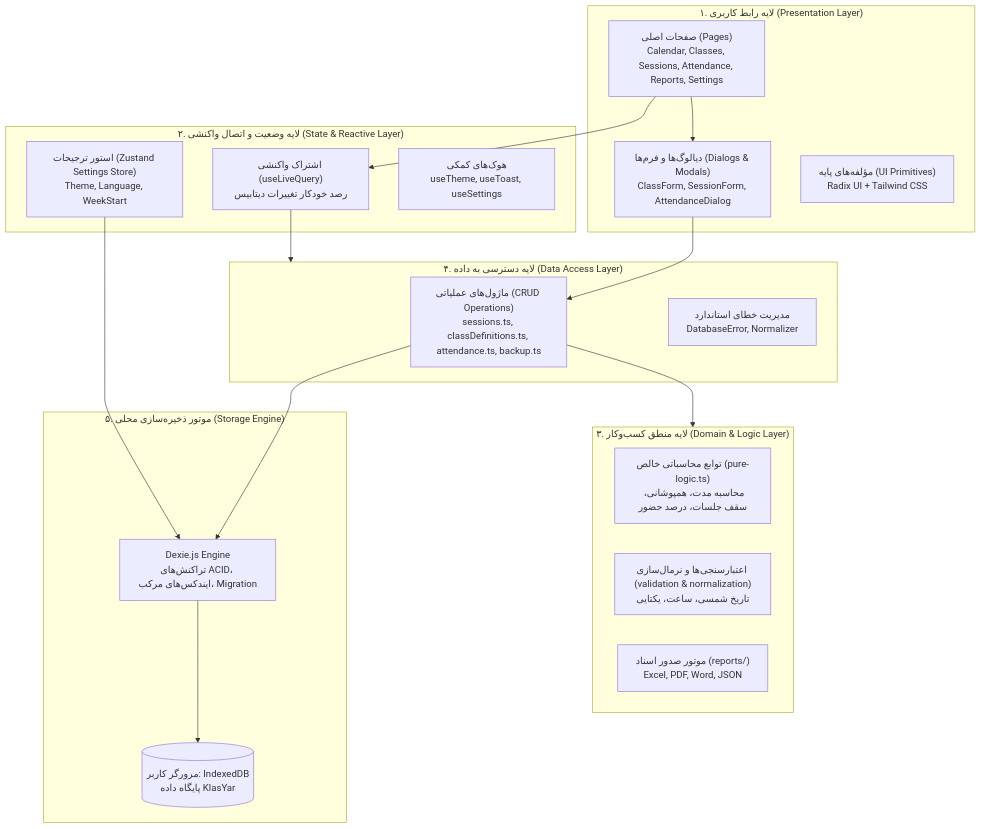
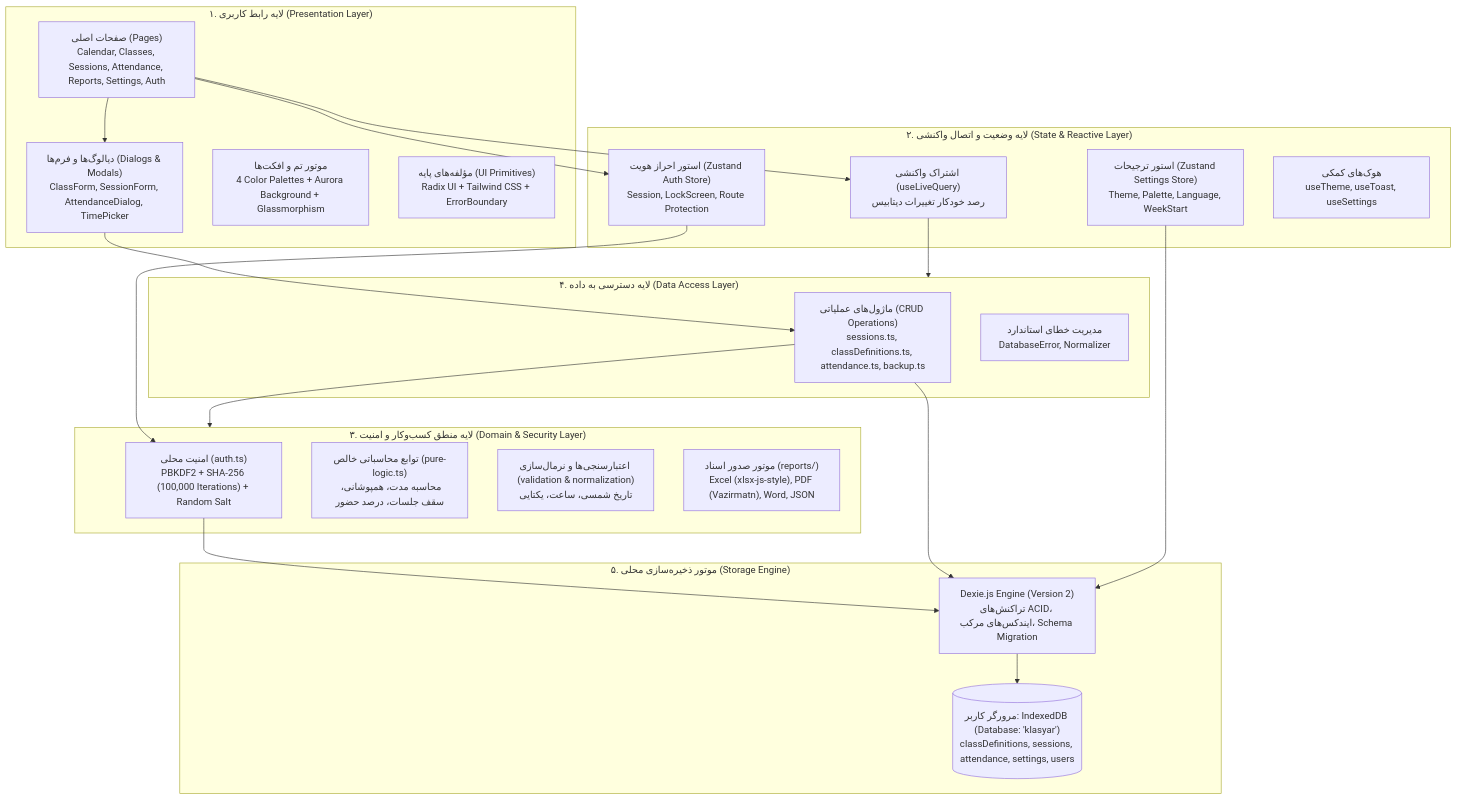
The first of 3 diagrams in docs/architecture.md (DevRepoNull/KlasYar), drawn with Mermaid before and after one commit. The commit also changed other lines of this file and 7 other files, not shown here.

Commit message:
docs: comprehensive update of README, guides, architecture, and upgrade roadmap (v0.3.0)

````diff
--- a/docs/architecture.md
+++ b/docs/architecture.md
@@ -25,39 +26,45 @@
 ```mermaid
 flowchart TD
     subgraph UI ["۱. لایه رابط کاربری (Presentation Layer)"]
-        Pages["صفحات اصلی (Pages)<br/>Calendar, Classes, Sessions, Attendance, Reports, Settings"]
-        Dialogs["دیالوگ‌ها و فرم‌ها (Dialogs & Modals)<br/>ClassForm, SessionForm, AttendanceDialog"]
-        Shadcn["مؤلفه‌های پایه (UI Primitives)<br/>Radix UI + Tailwind CSS"]
+        Pages["صفحات اصلی (Pages)<br/>Calendar, Classes, Sessions, Attendance, Reports, Settings, Auth"]
+        Dialogs["دیالوگ‌ها و فرم‌ها (Dialogs & Modals)<br/>ClassForm, SessionForm, AttendanceDialog, TimePicker"]
+        ThemeEngine["موتور تم و افکت‌ها<br/>4 Color Palettes + Aurora Background + Glassmorphism"]
+        Shadcn["مؤلفه‌های پایه (UI Primitives)<br/>Radix UI + Tailwind CSS + ErrorBoundary"]
     end
 
     subgraph StateAndHooks ["۲. لایه وضعیت و اتصال واکنشی (State & Reactive Layer)"]
         LiveQuery["اشتراک واکنشی (useLiveQuery)<br/>رصد خودکار تغییرات دیتابیس"]
-        ZustandStore["استور ترجیحات (Zustand Settings Store)<br/>Theme, Language, WeekStart"]
+        AuthStore["استور احراز هویت (Zustand Auth Store)<br/>Session, LockScreen, Route Protection"]
+        ZustandStore["استور ترجیحات (Zustand Settings Store)<br/>Theme, Palette, Language, WeekStart"]
         AppHooks["هوک‌های کمکی<br/>useTheme, useToast, useSettings"]
     end
 
-    subgraph BusinessLogic ["۳. لایه منطق کسب‌وکار (Domain & Logic Layer)"]
+    subgraph BusinessLogic ["۳. لایه منطق کسب‌وکار و امنیت (Domain & Security Layer)"]
+        SecurityEngine["امنیت محلی (auth.ts)<br/>PBKDF2 + SHA-256 (100,000 Iterations) + Random Salt"]
         PureLogic["توابع محاسباتی خالص (pure-logic.ts)<br/>محاسبه مدت، همپوشانی، سقف جلسات، درصد حضور"]
         Validation["اعتبارسنجی‌ها و نرمال‌سازی (validation & normalization)<br/>تاریخ شمسی، ساعت، یکتایی"]
-        ExportEngine["موتور صدور اسناد (reports/)<br/>Excel, PDF, Word, JSON"]
+        ExportEngine["موتور صدور اسناد (reports/)<br/>Excel (xlsx-js-style), PDF (Vazirmatn), Word, JSON"]
     end
 
     subgraph DataAccess ["۴. لایه دسترسی به داده (Data Access Layer)"]
         CRUDFunctions["ماژول‌های عملیاتی (CRUD Operations)<br/>sessions.ts, classDefinitions.ts, attendance.ts, backup.ts"]
         ErrorHandling["مدیریت خطای استاندارد<br/>DatabaseError, Normalizer"]
     end
 
     subgraph Storage ["۵. موتور ذخیره‌سازی محلی (Storage Engine)"]
-        Dexie["Dexie.js Engine<br/>تراکنش‌های ACID، ایندکس‌های مرکب، Migration"]
-        IndexedDB[("مرورگر کاربر: IndexedDB<br/>پایگاه داده KlasYar")]
+        Dexie["Dexie.js Engine (Version 2)<br/>تراکنش‌های ACID، ایندکس‌های مرکب، Schema Migration"]
+        IndexedDB[("مرورگر کاربر: IndexedDB (Database: 'klasyar')<br/>classDefinitions, sessions, attendance, settings, users")]
     end
 
     Pages --> Dialogs
     Pages --> LiveQuery
+    Pages --> AuthStore
     Dialogs --> CRUDFunctions
     LiveQuery --> DataAccess
+    AuthStore --> SecurityEngine
+    SecurityEngine --> Dexie
     CRUDFunctions --> BusinessLogic
     CRUDFunctions --> Dexie
     ZustandStore --> Dexie
     Dexie --> IndexedDB
 ```
````
